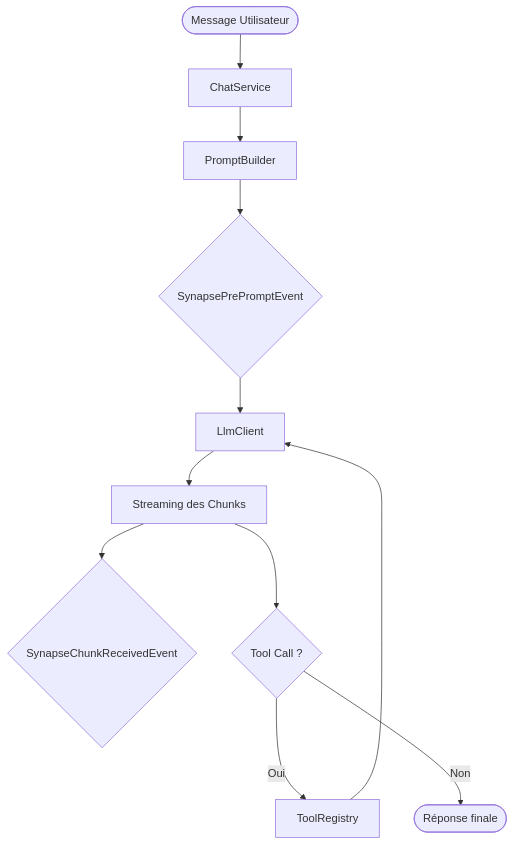
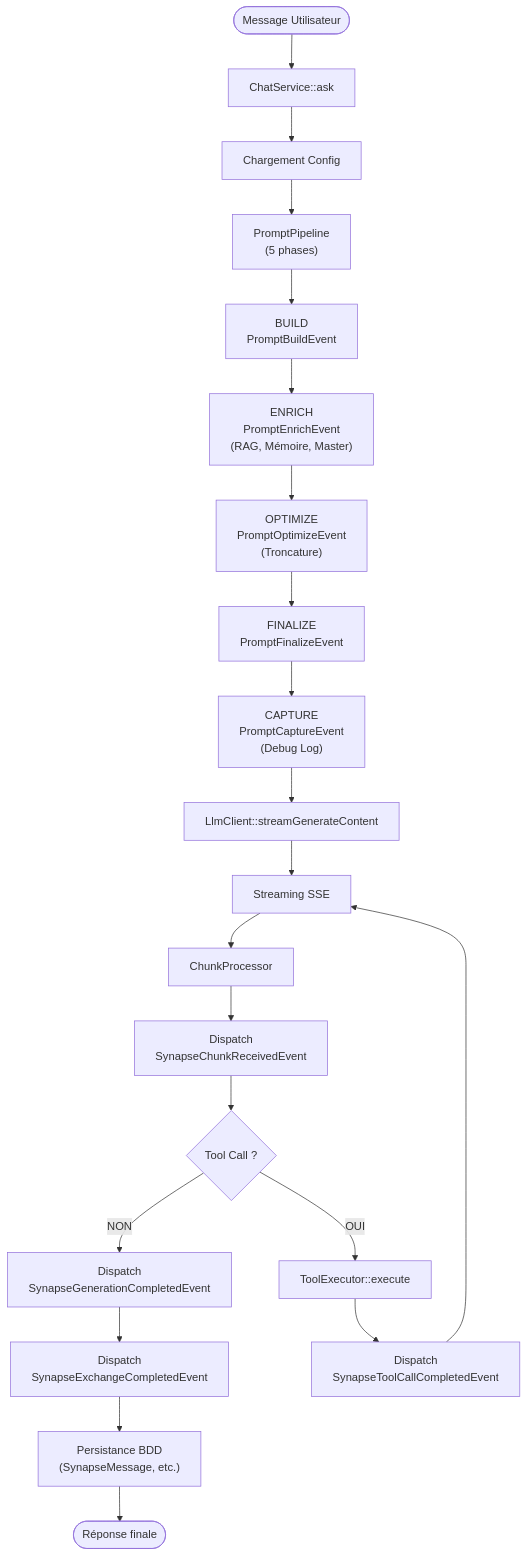
One commit to arnaudmoncondhuy/synapse-bundle changed the diagram in packages/core/docs/explanation/architecture.md. Above: the diagram before and after it, drawn with Mermaid. The commit also changed other lines of this file and 136 other files, not shown here.

````diff
--- a/packages/core/docs/explanation/architecture.md
+++ b/packages/core/docs/explanation/architecture.md
@@ -17,13 +104,27 @@
 ```mermaid
 graph TD
-    User([Message Utilisateur]) --> ChatService
-    ChatService --> PromptBuilder
-    PromptBuilder --> EventPrePrompt{SynapsePrePromptEvent}
-    EventPrePrompt --> LlmClient
-    LlmClient --> Streaming[Streaming des Chunks]
-    Streaming --> EventChunk{SynapseChunkReceivedEvent}
-    Streaming --> ToolCheck{Tool Call ?}
-    ToolCheck -- Oui --> ToolReg[ToolRegistry]
-    ToolReg --> LlmClient
-    ToolCheck -- Non --> End([Réponse finale])
+    User([Message Utilisateur]) --> ChatService[ChatService::ask]
+    ChatService --> ConfigLoad[Chargement Config]
+    ConfigLoad --> Pipeline["PromptPipeline<br/>(5 phases)"]
+
+    Pipeline --> Build["BUILD<br/>PromptBuildEvent"]
+    Build --> Enrich["ENRICH<br/>PromptEnrichEvent<br/>(RAG, Mémoire, Master)"]
+    Enrich --> Optimize["OPTIMIZE<br/>PromptOptimizeEvent<br/>(Troncature)"]
+    Optimize --> Finalize["FINALIZE<br/>PromptFinalizeEvent"]
+    Finalize --> Capture["CAPTURE<br/>PromptCaptureEvent<br/>(Debug Log)"]
+
+    Capture --> LlmClient[LlmClient::streamGenerateContent]
+    LlmClient --> Streaming[Streaming SSE]
+    Streaming --> Processor[ChunkProcessor]
+    Processor --> DispatchChunk["Dispatch<br/>SynapseChunkReceivedEvent"]
+
+    DispatchChunk --> Check{Tool Call ?}
+    Check -- NON --> Complete["Dispatch<br/>SynapseGenerationCompletedEvent"]
+    Check -- OUI --> ToolExec[ToolExecutor::execute]
+    ToolExec --> DispatchTool["Dispatch<br/>SynapseToolCallCompletedEvent"]
+    DispatchTool --> Streaming
+
+    Complete --> ExchangeEvent["Dispatch<br/>SynapseExchangeCompletedEvent"]
+    ExchangeEvent --> DB["Persistance BDD<br/>(SynapseMessage, etc.)"]
+    DB --> UserResult([Réponse finale])
 ```
````
